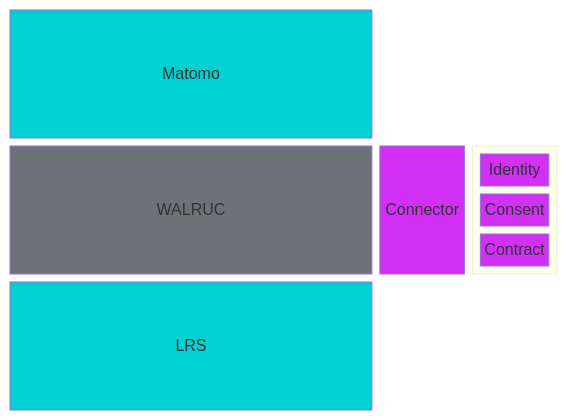
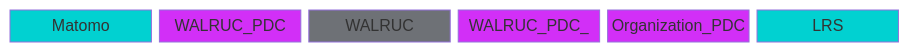
The second of 4 diagrams in readme.md (Prometheus-X-association/walruc), drawn with Mermaid before and after one commit. The commit also changed other lines of this file, not shown here.

````diff
--- a/readme.md
+++ b/readme.md
@@ -157,43 +153,19 @@
 ```mermaid
 
 block-beta
 
 columns 6
 
-Matomo:4 space:2
-
-WALRUC:4
-
-Connector :1
-
-block:group
-
-columns 1
-
-Identity Consent Contract
-
-end
-
-LRS:4
+Matomo:1 WALRUC_PDC:1 WALRUC:1 WALRUC_PDC_:1 Organization_PDC:1 LRS:1
 
 classDef colorA fill:#D22FF7,color:#fff
-
 classDef colorEx fill:#01D1D1,color:#fff
-
 classDef colorED fill:#6E7176,color:#fff
-
 class Matomo colorEx
-
 class LRS colorEx
-
 class WALRUC colorED
-
-class Connector colorA
-
-class Identity colorA
-
-class Consent colorA
-
-class Contract colorA
+class WALRUC_PDC colorA
+class WALRUC_PDC_ colorA
+class Organization_PDC colorA
 
 ```
````
